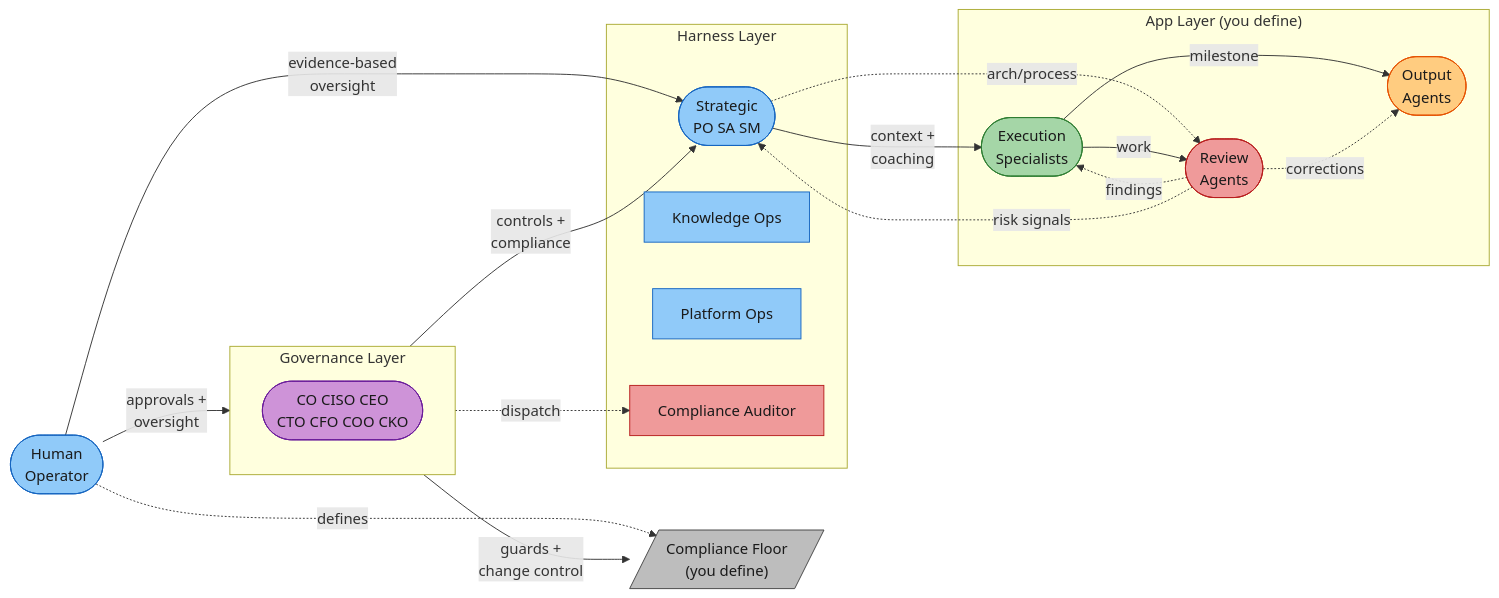
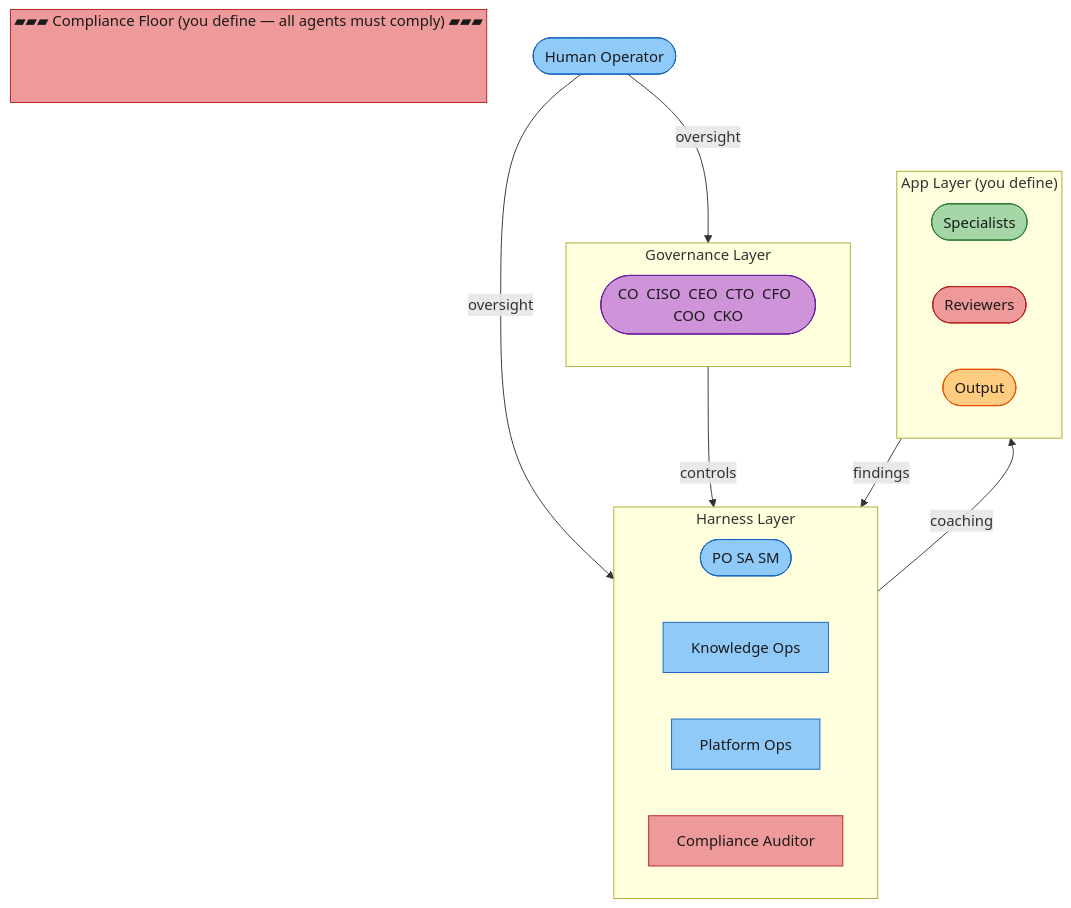
Before and after one commit to rdunie/venutian-antfarm: the first of 5 diagrams in README.md, drawn with Mermaid.

Commit message:
docs: redesign architecture diagram — floor as bottom bar, simplified edges
Top-down layout with compliance floor as a wide red subgraph at the
bottom (visually a floor). Simplified edges between layers to avoid
overlap. Internal subgraph nodes use direction LR for horizontal layout.

````diff
--- a/README.md
+++ b/README.md
@@ -49,48 +49,47 @@
 ```mermaid
-flowchart LR
-    USER(["Human\nOperator"])
+flowchart TD
+    USER(["Human Operator"])
 
     subgraph Gov ["Governance Layer"]
-        GOV(["CO  CISO  CEO\nCTO  CFO  COO  CKO"])
+        direction LR
+        GOV(["CO  CISO  CEO  CTO  CFO  COO  CKO"])
     end
 
     subgraph Harness ["Harness Layer"]
-        S(["Strategic\nPO  SA  SM"])
+        direction LR
+        S(["PO  SA  SM"])
         MM["Knowledge Ops"]
         PO_OPS["Platform Ops"]
         CA["Compliance Auditor"]
     end
 
     subgraph AppLayer ["App Layer (you define)"]
-        E(["Execution\nSpecialists"])
-        R(["Review\nAgents"])
-        O(["Output\nAgents"])
+        direction LR
+        E(["Specialists"])
+        R(["Reviewers"])
+        O(["Output"])
     end
 
-    FLOOR[/"Compliance Floor\n(you define)"/]
+    subgraph Floor ["▰▰▰  Compliance Floor (you define — all agents must comply)  ▰▰▰"]
+        direction LR
+        FLOOR_NOTE[" "]
+    end
 
-    USER -->|"approvals +\noversight"| Gov
-    USER -->|"evidence-based\noversight"| S
-    USER -.->|"defines"| FLOOR
-    Gov -->|"guards +\nchange control"| FLOOR
-    Gov -->|"controls +\ncompliance"| S
-    Gov -.->|"dispatch"| CA
-    S -->|"context +\ncoaching"| E
-    S -.->|"arch/process"| R
-    E -->|"work"| R
-    R -.->|"findings"| E
-    R -.->|"risk signals"| S
-    E -->|"milestone"| O
-    R -.->|"corrections"| O
+    USER -->|"oversight"| Gov
+    USER -->|"oversight"| Harness
+    Gov -->|"controls"| Harness
+    Harness -->|"coaching"| AppLayer
+    AppLayer -->|"findings"| Harness
 
     style USER fill:#90caf9,stroke:#1565c0,color:#1a1a1a
-    style FLOOR fill:#bdbdbd,stroke:#424242,color:#1a1a1a
     style GOV fill:#ce93d8,stroke:#6a1b9a,color:#1a1a1a
     style S fill:#90caf9,stroke:#1565c0,color:#1a1a1a
     style MM fill:#90caf9,stroke:#1565c0,color:#1a1a1a
     style PO_OPS fill:#90caf9,stroke:#1565c0,color:#1a1a1a
     style CA fill:#ef9a9a,stroke:#b71c1c,color:#1a1a1a
     style E fill:#a5d6a7,stroke:#2e7d32,color:#1a1a1a
     style R fill:#ef9a9a,stroke:#b71c1c,color:#1a1a1a
     style O fill:#ffcc80,stroke:#e65100,color:#1a1a1a
+    style FLOOR_NOTE fill:none,stroke:none
+    style Floor fill:#ef9a9a,stroke:#b71c1c,color:#1a1a1a
 ```
````
